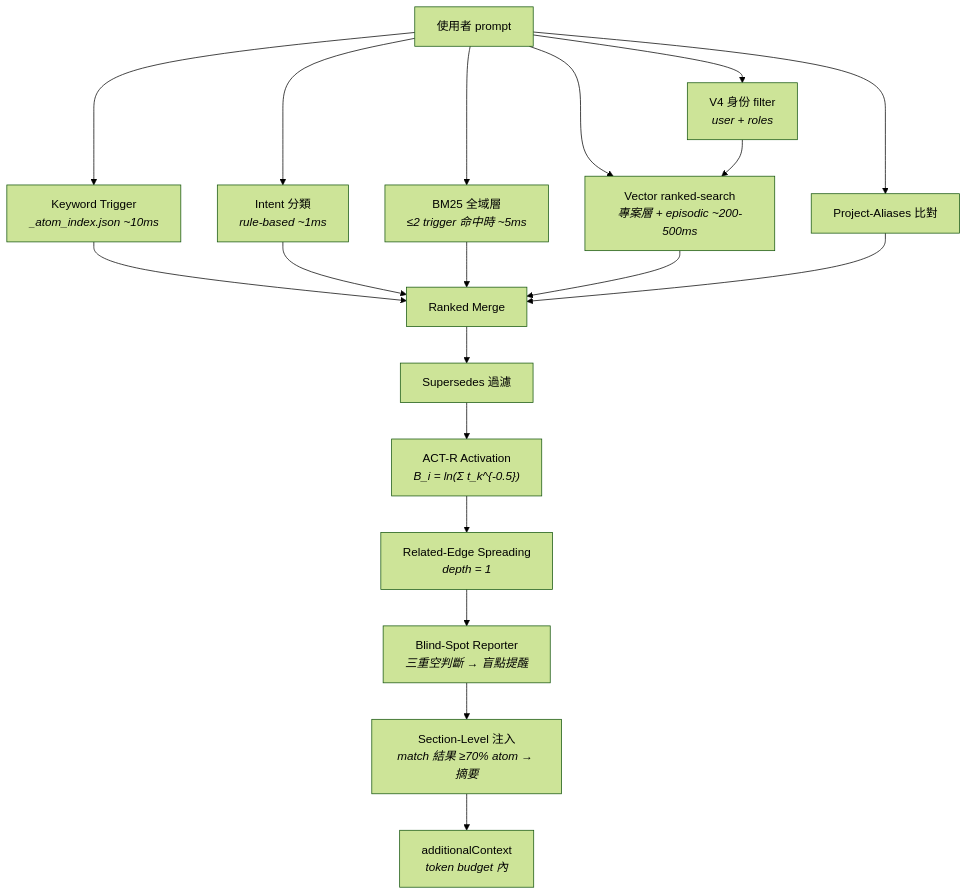
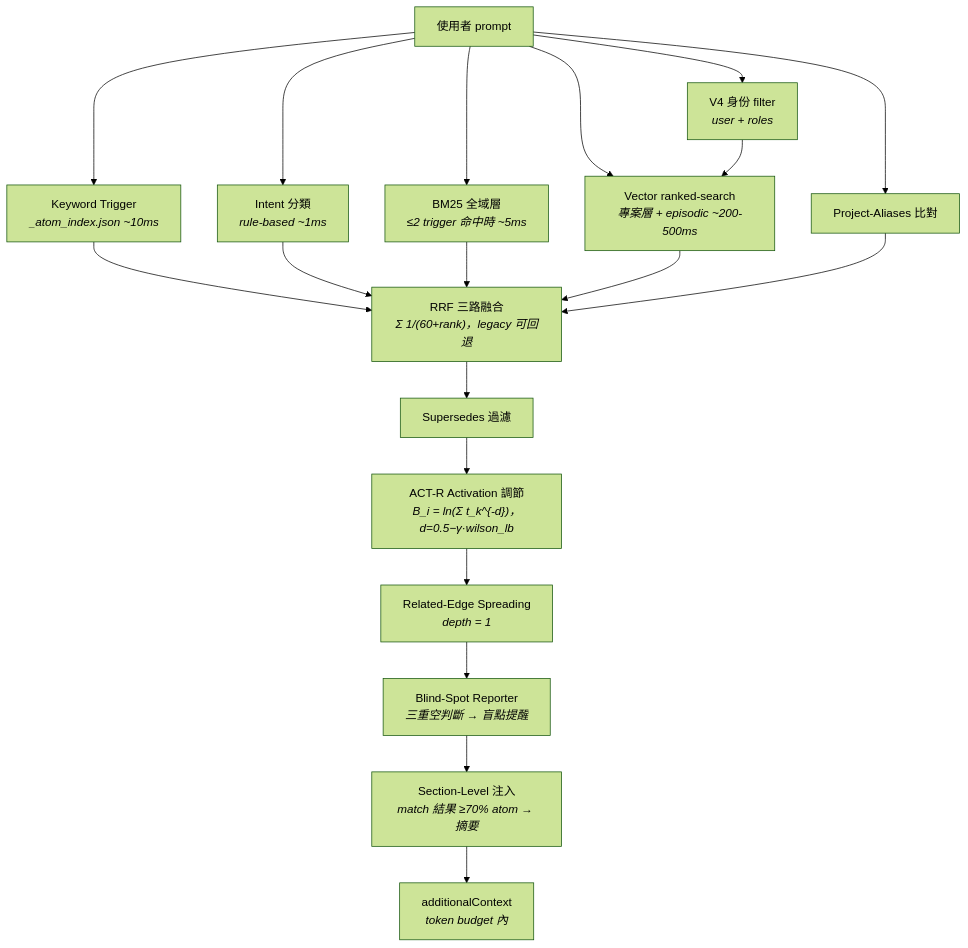
One commit to holylight1979/AtomicMemory-ClaudeCode changed the third of 4 diagrams in TECH.md. Above: the diagram before and after it, drawn with Mermaid (forest theme). The commit also changed other lines of this file and 88 other files, not shown here.

````diff
--- a/TECH.md
+++ b/TECH.md
@@ -515,23 +538,23 @@
 ```mermaid
 flowchart TD
     P["使用者 prompt"] --> KW["Keyword Trigger<br/><i>_atom_index.json ~10ms</i>"]
     P --> INT["Intent 分類<br/><i>rule-based ~1ms</i>"]
     P --> BM["BM25 全域層<br/><i>≤2 trigger 命中時 ~5ms</i>"]
     P --> VS["Vector ranked-search<br/><i>專案層 + episodic ~200-500ms</i>"]
     P --> PA["Project-Aliases 比對"]
     P --> UF["V4 身份 filter<br/><i>user + roles</i>"]
 
-    KW --> MG["Ranked Merge"]
+    KW --> MG["RRF 三路融合<br/><i>Σ 1/(60+rank)，legacy 可回退</i>"]
     INT --> MG
     BM --> MG
     VS --> MG
     PA --> MG
     UF --> VS
 
     MG --> SF["Supersedes 過濾"]
-    SF --> AR["ACT-R Activation<br/><i>B_i = ln(Σ t_k^{-0.5})</i>"]
+    SF --> AR["ACT-R Activation 調節<br/><i>B_i = ln(Σ t_k^{-d})，d=0.5−γ·wilson_lb</i>"]
     AR --> RL["Related-Edge Spreading<br/><i>depth = 1</i>"]
     RL --> BS["Blind-Spot Reporter<br/><i>三重空判斷 → 盲點提醒</i>"]
     BS --> SEC["Section-Level 注入<br/><i>match 結果 ≥70% atom → 摘要</i>"]
     SEC --> CTX["additionalContext<br/><i>token budget 內</i>"]
 ```
````
